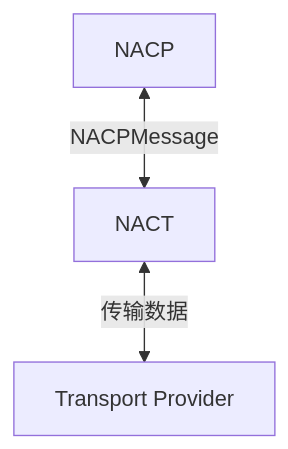
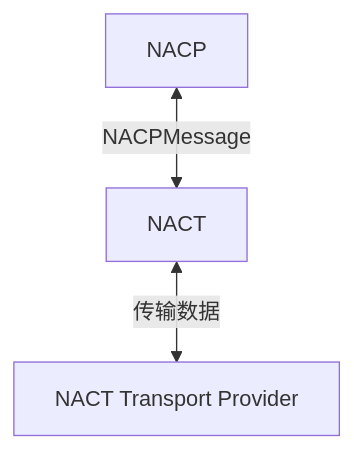
The first of 3 diagrams in docs/transport/nact/inbound-outbound.md (ChenYFan/NASDK), drawn with Mermaid before and after one commit. The commit also changed other lines of this file and 182 other files, not shown here.

````diff
--- a/docs/transport/nact/inbound-outbound.md
+++ b/docs/transport/nact/inbound-outbound.md
@@ -5,5 +5,5 @@
 ```mermaid
 flowchart TD
     P[NACP] <-->|NACPMessage| T[NACT]
-    T <-->|传输数据| C[Transport Provider]
+    T <-->|传输数据| C[NACT Transport Provider]
 ```
````
